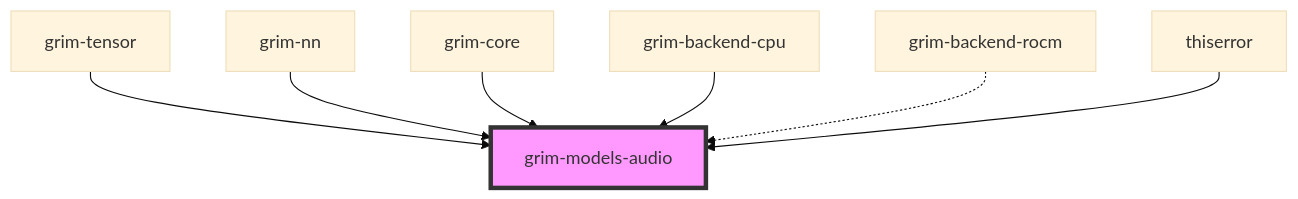
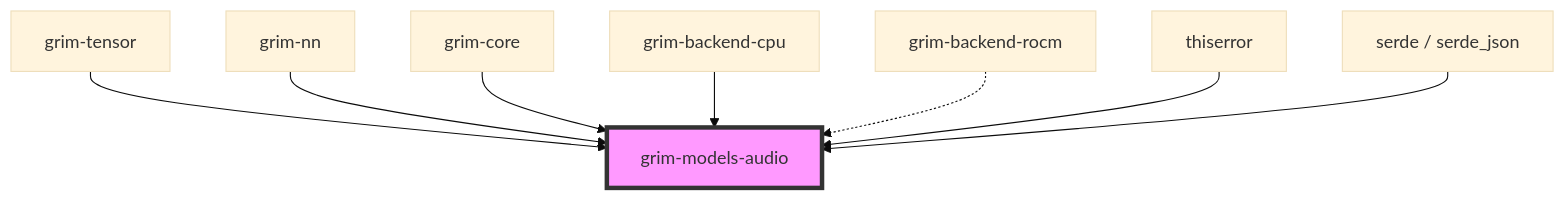
One commit to sydonayrex/grim changed the diagram in crates/grim-models/audio/README.md. Above: the diagram before and after it, drawn with Mermaid (base theme). The commit also changed other lines of this file, not shown here.

````diff
--- a/crates/grim-models/audio/README.md
+++ b/crates/grim-models/audio/README.md
@@ -12,14 +23,15 @@
 ```mermaid
 graph TD
     T[grim-tensor] --> A[grim-models-audio]
     N[grim-nn] --> A
     C[grim-core] --> A
     CPU[grim-backend-cpu] --> A
     ROCM[grim-backend-rocm] -.-> A
     E[thiserror] --> A
-    
+    S[serde / serde_json] --> A
+
     classDef focus fill:#f9f,stroke:#333,stroke-width:4px;
     class A focus;
     %% min 480px
     style A padding:20px
 ```
````
